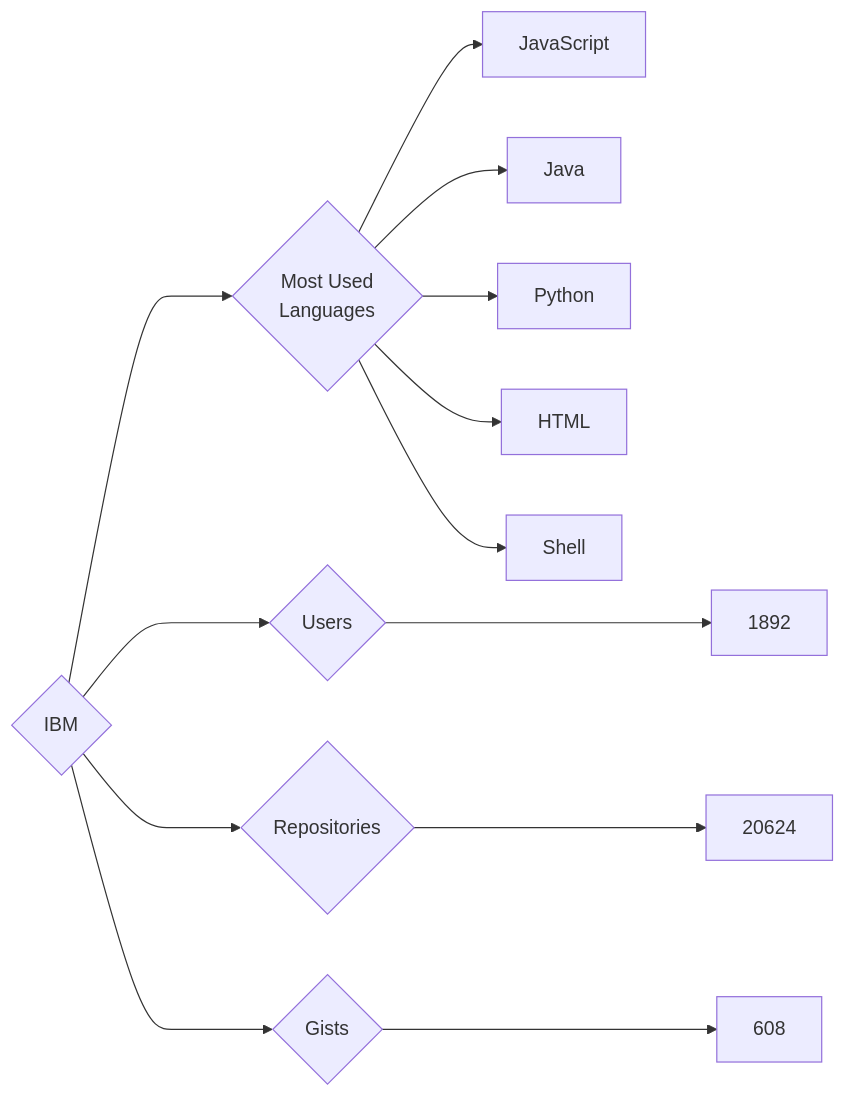
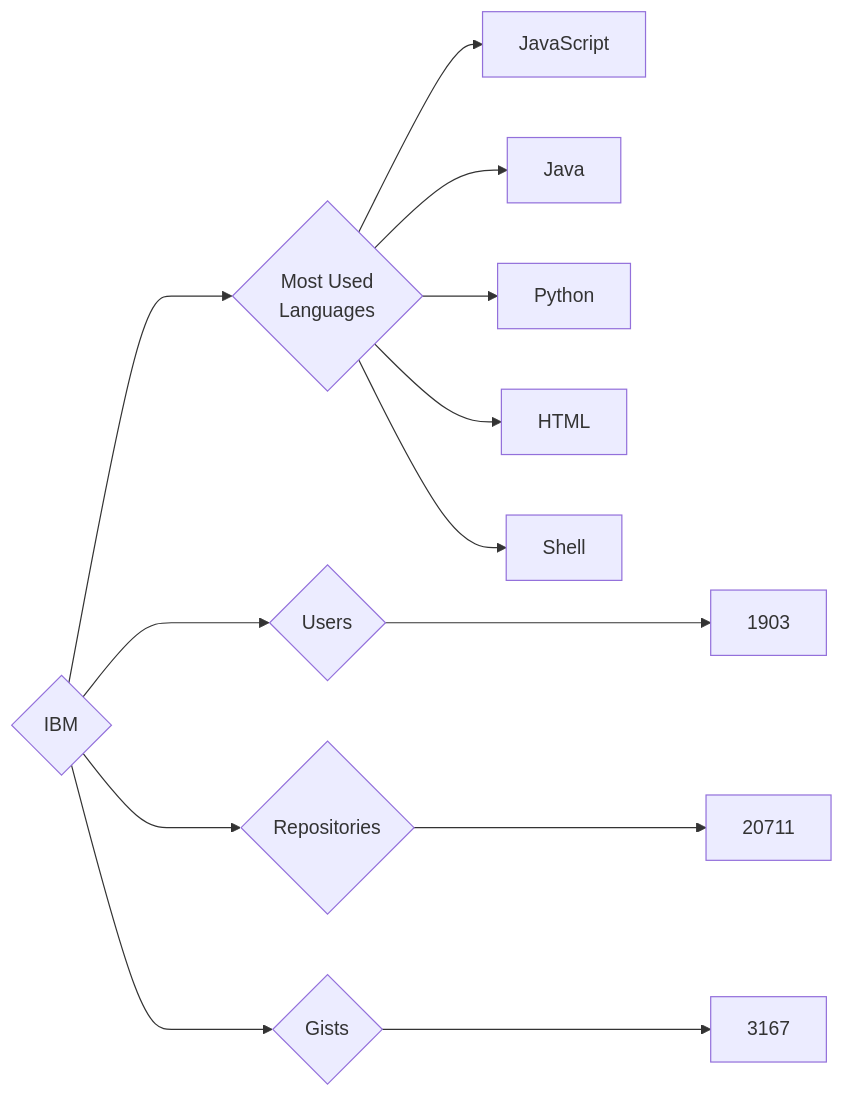
The diagram in targets/IBM/README.md (trickest/insiders), drawn with Mermaid before and after one commit. The commit also changed 594 other files, not shown here.

````diff
--- a/targets/IBM/README.md
+++ b/targets/IBM/README.md
@@ -3,13 +3,13 @@
 ```mermaid
 graph LR
 COMPANY_NAME{IBM}
-COMPANY_NAME ---> U{Users} ---> UN[1892]
-COMPANY_NAME ---> R{Repositories} ---> RN[20624]
-COMPANY_NAME ---> G{Gists} ---> GN[608]
+COMPANY_NAME ---> U{Users} ---> UN[1903]
+COMPANY_NAME ---> R{Repositories} ---> RN[20711]
+COMPANY_NAME ---> G{Gists} ---> GN[3167]
 COMPANY_NAME ---> ML{Most Used<br>Languages}
 ML --> JavaScript[JavaScript]
 ML --> Java[Java]
 ML --> Python[Python]
 ML --> HTML[HTML]
 ML --> Shell[Shell]
 ```
````
